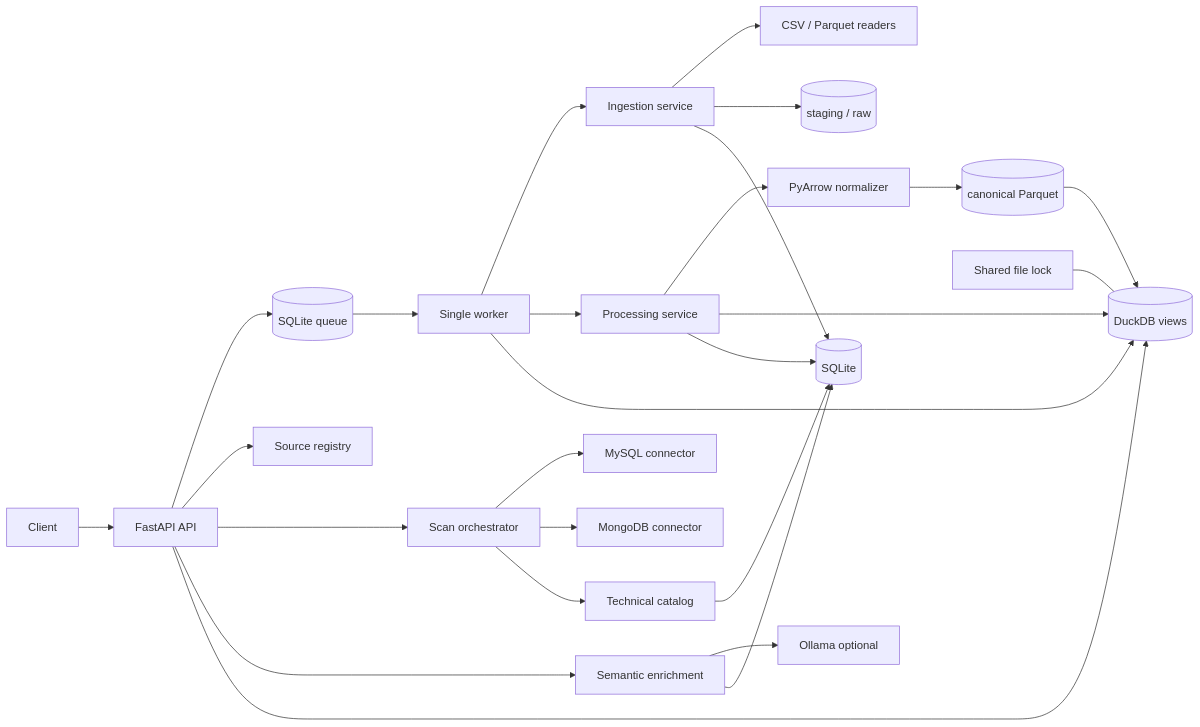
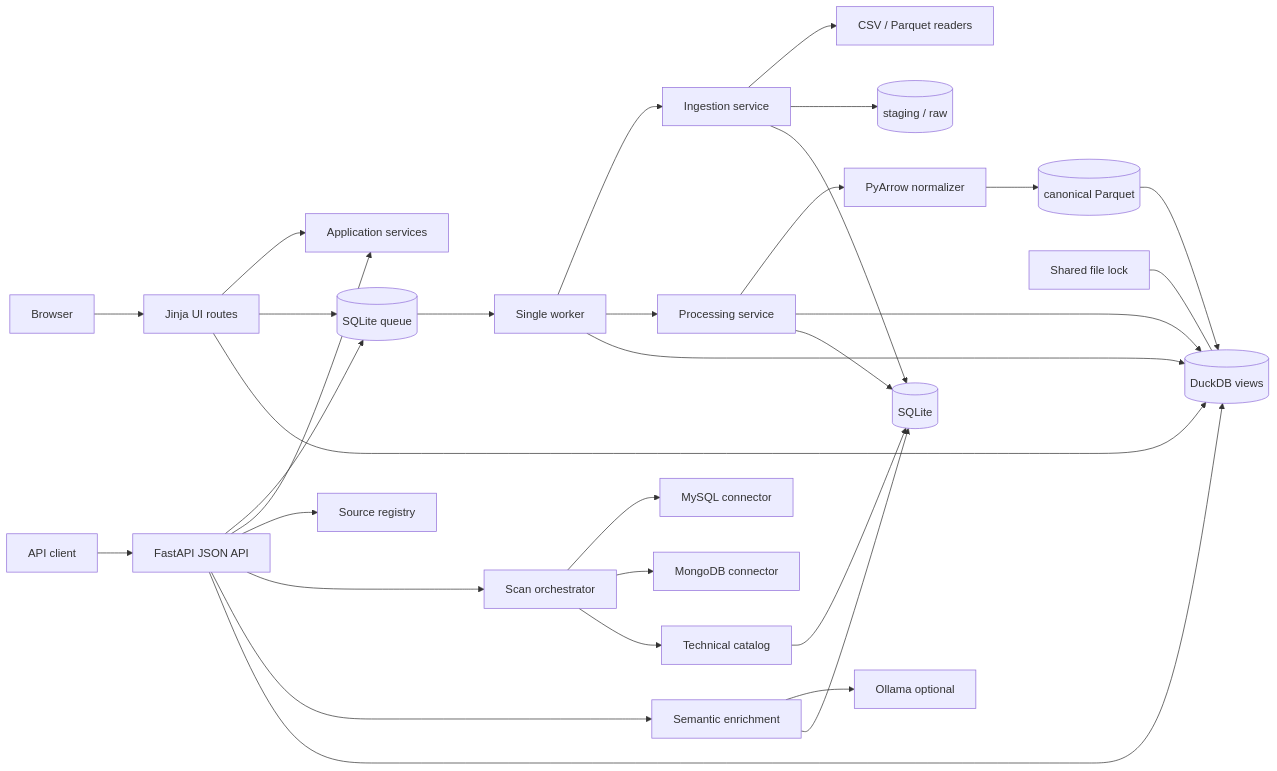
Before and after one commit to pyxidious/queryX: the first of 3 diagrams in README.md, drawn with Mermaid. The commit also changed other lines of this file and 39 other files, not shown here.

````diff
--- a/README.md
+++ b/README.md
@@ -55,28 +56,33 @@
 ```mermaid
 flowchart LR
-    Client[Client] --> API[FastAPI API]
+    Client[API client] --> API[FastAPI JSON API]
+    Browser[Browser] --> UI[Jinja UI routes]
+    UI --> Services[Application services]
+    UI --> Queue
+    UI --> DuckDB
     API --> Queue[(SQLite queue)]
+    API --> Services
     Queue --> Worker[Single worker]
     API --> Registry[Source registry]
     API --> Scan[Scan orchestrator]
     Scan --> MySQL[MySQL connector]
     Scan --> Mongo[MongoDB connector]
     Scan --> Catalog[Technical catalog]
     Worker --> Ingestion[Ingestion service]
     Ingestion --> Readers[CSV / Parquet readers]
     Ingestion --> Files[(staging / raw)]
     Ingestion --> CatalogDB[(SQLite)]
     Worker --> Processing[Processing service]
     Processing --> Normalizer[PyArrow normalizer]
     Normalizer --> Normalized[(canonical Parquet)]
     Processing --> DuckDB[(DuckDB views)]
     Normalized --> DuckDB
     Processing --> CatalogDB
     Catalog --> CatalogDB
     API --> Semantic[Semantic enrichment]
     Semantic --> Ollama[Ollama optional]
     Semantic --> CatalogDB
     API --> DuckDB
     Worker --> DuckDB
     Lock[Shared file lock] --- DuckDB
 ```
````
